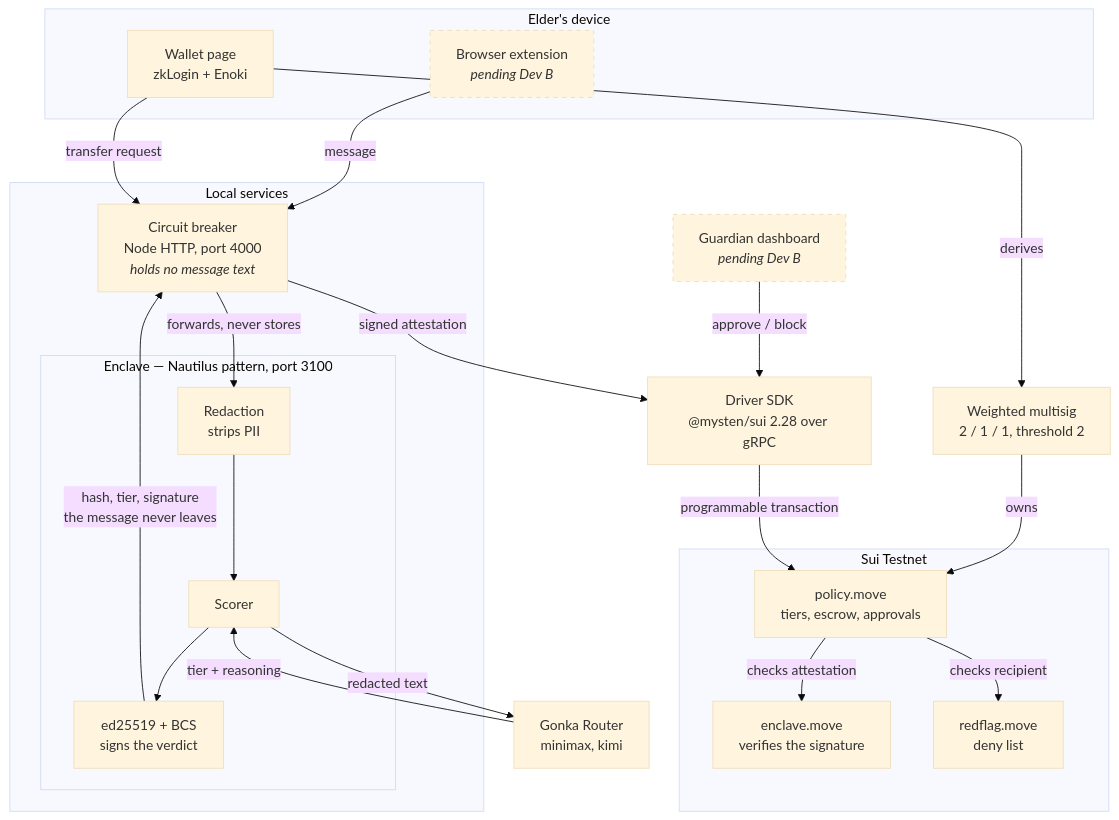
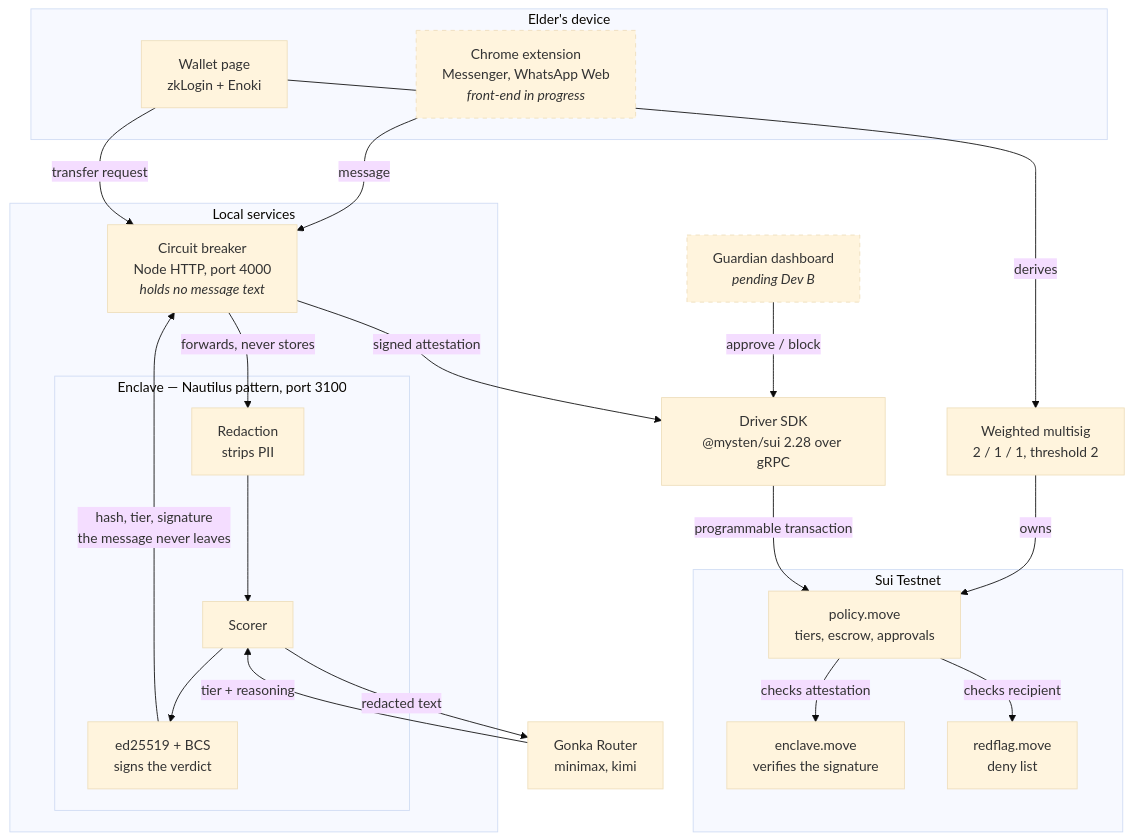
The diagram in README.md (mewHacks/muba2026), drawn with Mermaid (base theme) before and after one commit. The commit also changed other lines of this file and 2 other files, not shown here.

First line of the commit message:
Name the acronym, lead with the extension, add judging alignment

````diff
--- a/README.md
+++ b/README.md
@@ -141,49 +185,49 @@
 ```mermaid
 flowchart TB
     subgraph device["Elder's device"]
-        EXT["Browser extension<br/><i>pending Dev B</i>"]
+        EXT["Chrome extension<br/>Messenger, WhatsApp Web<br/><i>front-end in progress</i>"]
         WALLET["Wallet page<br/>zkLogin + Enoki"]
     end
 
     subgraph localsvc["Local services"]
         CB["Circuit breaker<br/>Node HTTP, port 4000<br/><i>holds no message text</i>"]
         subgraph tee["Enclave — Nautilus pattern, port 3100"]
             RED["Redaction<br/>strips PII"]
             SCORE["Scorer"]
             SIGN["ed25519 + BCS<br/>signs the verdict"]
         end
     end
 
     GONKA["Gonka Router<br/>minimax, kimi"]
 
     DRIVER["Driver SDK<br/>@mysten/sui 2.28 over gRPC"]
     MSIG["Weighted multisig<br/>2 / 1 / 1, threshold 2"]
     DASH["Guardian dashboard<br/><i>pending Dev B</i>"]
 
     subgraph sui["Sui Testnet"]
         POLICY["policy.move<br/>tiers, escrow, approvals"]
         ENCMOD["enclave.move<br/>verifies the signature"]
         FLAG["redflag.move<br/>deny list"]
     end
 
     EXT -->|"message"| CB
     CB -->|"forwards, never stores"| RED
     RED --> SCORE
     SCORE -->|"redacted text"| GONKA
     GONKA -->|"tier + reasoning"| SCORE
     SCORE --> SIGN
     SIGN -->|"hash, tier, signature<br/>the message never leaves"| CB
 
     WALLET -->|"derives"| MSIG
     WALLET -->|"transfer request"| CB
     CB -->|"signed attestation"| DRIVER
     DASH -->|"approve / block"| DRIVER
     MSIG -->|"owns"| POLICY
 
     DRIVER -->|"programmable transaction"| POLICY
     POLICY -->|"checks attestation"| ENCMOD
     POLICY -->|"checks recipient"| FLAG
 
     classDef pending stroke-dasharray: 5 5
     class EXT,DASH pending
 ```
````
